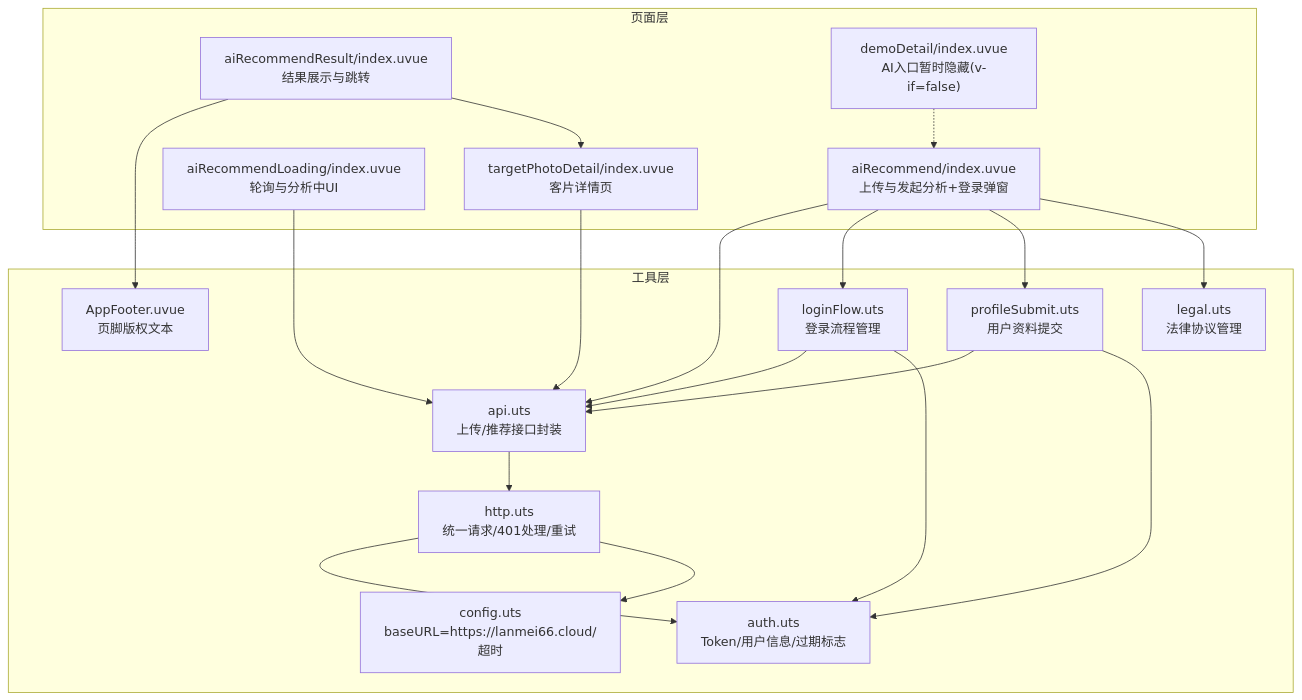
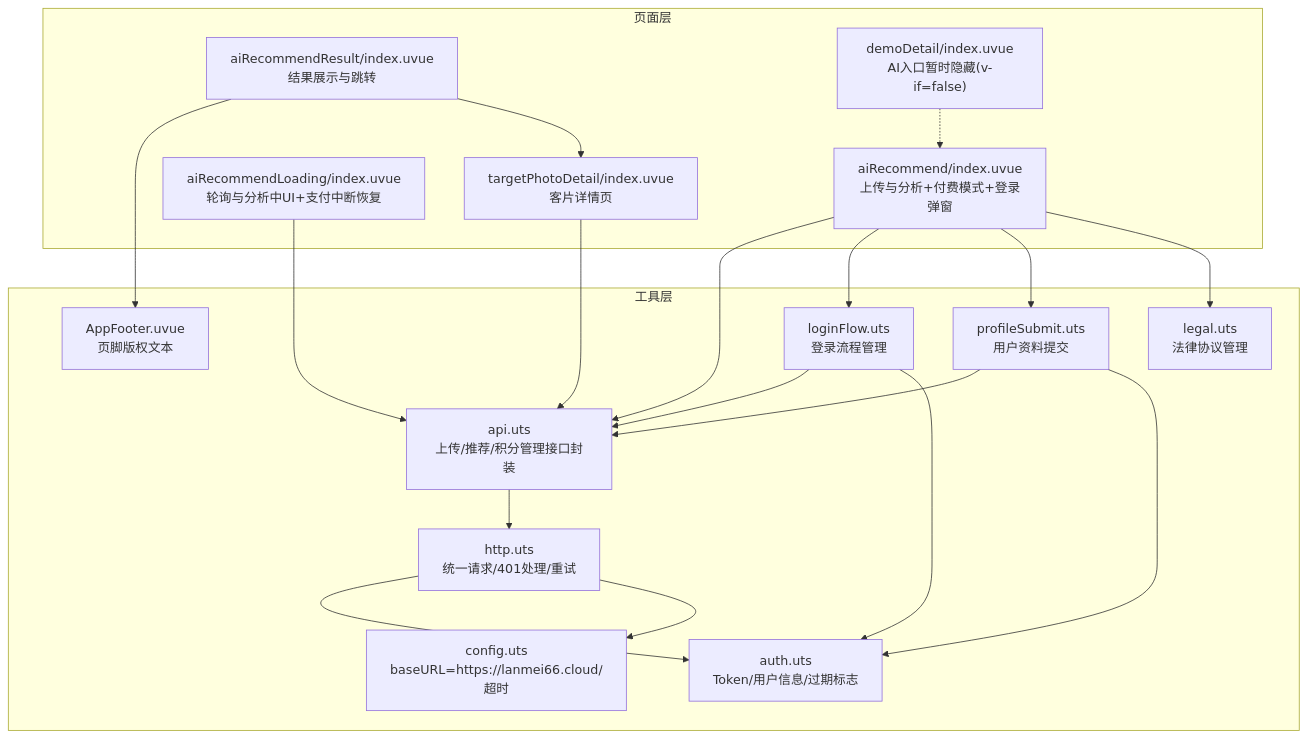
Before and after one commit to crazyma99/blueberry: the first of 3 diagrams in .qoder/repowiki/zh/content/核心功能模块/AI服装推荐功能.md, drawn with Mermaid. The commit also changed other lines of this file and 4 other files, not shown here.

````diff
--- a/.qoder/repowiki/zh/content/核心功能模块/AI服装推荐功能.md
+++ b/.qoder/repowiki/zh/content/核心功能模块/AI服装推荐功能.md
@@ -51,36 +50,36 @@
 ```mermaid
 graph TB
 subgraph "页面层"
-A["aiRecommend/index.uvue<br/>上传与发起分析+登录弹窗"]
-B["aiRecommendLoading/index.uvue<br/>轮询与分析中UI"]
+A["aiRecommend/index.uvue<br/>上传与分析+付费模式+登录弹窗"]
+B["aiRecommendLoading/index.uvue<br/>轮询与分析中UI+支付中断恢复"]
 C["aiRecommendResult/index.uvue<br/>结果展示与跳转"]
 D["targetPhotoDetail/index.uvue<br/>客片详情页"]
 E["demoDetail/index.uvue<br/>AI入口暂时隐藏(v-if=false)"]
 end
 subgraph "工具层"
-F["api.uts<br/>上传/推荐接口封装"]
+F["api.uts<br/>上传/推荐/积分管理接口封装"]
 G["http.uts<br/>统一请求/401处理/重试"]
 H["auth.uts<br/>Token/用户信息/过期标志"]
 I["config.uts<br/>baseURL=https://lanmei66.cloud/超时"]
 J["loginFlow.uts<br/>登录流程管理"]
 K["profileSubmit.uts<br/>用户资料提交"]
 L["legal.uts<br/>法律协议管理"]
 M["AppFooter.uvue<br/>页脚版权文本"]
 end
 A --> F
 A --> J
 A --> K
 A --> L
 B --> F
 C --> M
 C --> D
 D --> F
 E -.-> A
 F --> G
 G --> H
 G --> I
 J --> F
 J --> H
 K --> F
 K --> H
 ```
````
